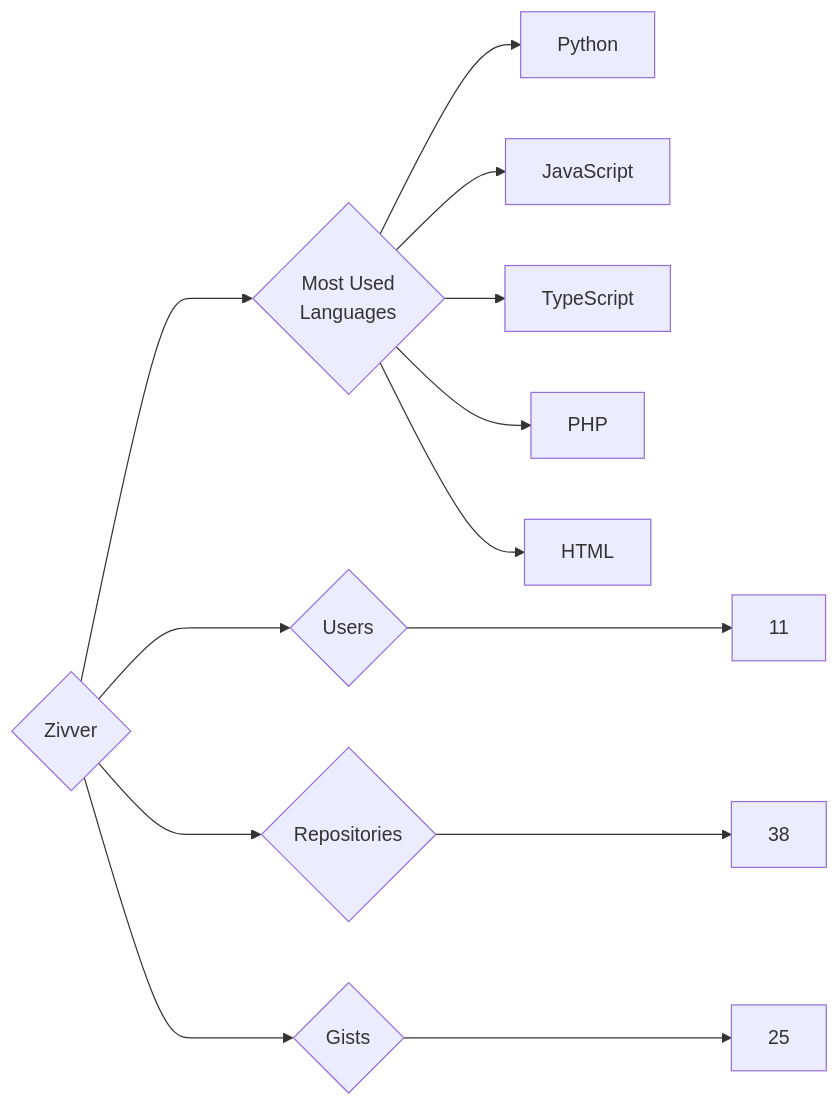
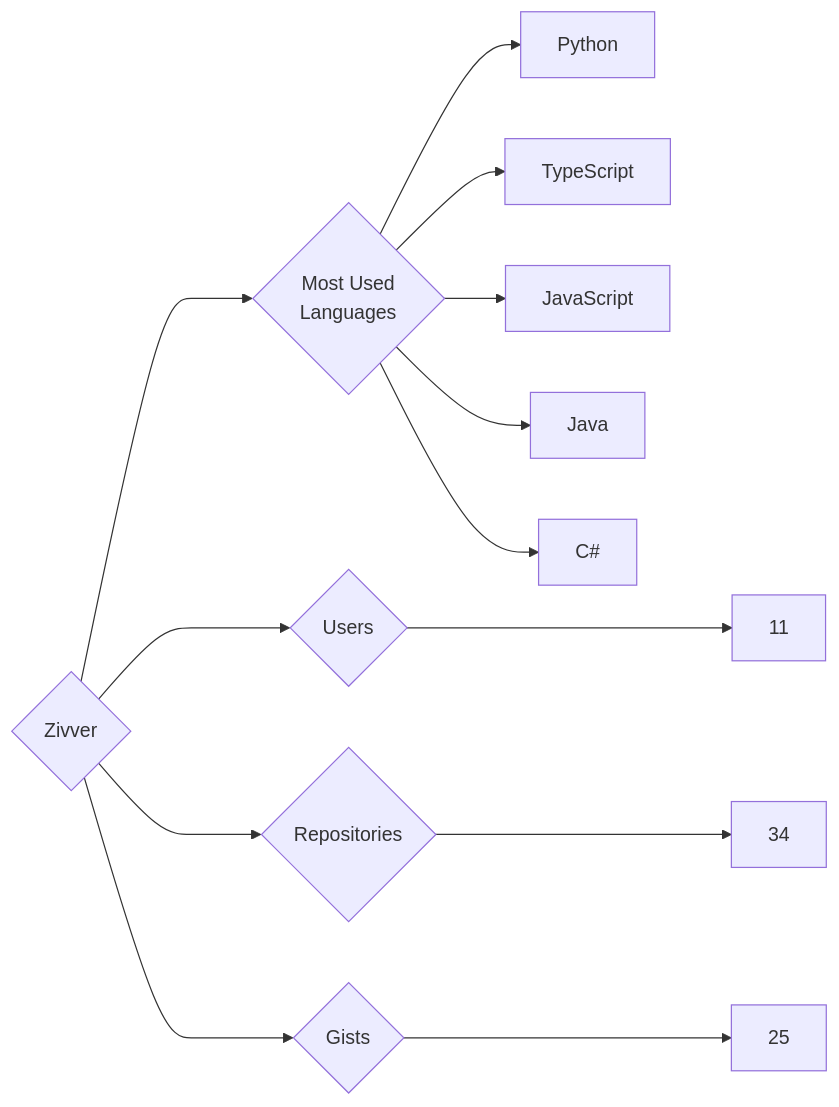
Before and after one commit to trickest/insiders: the diagram in targets/Zivver/README.md, drawn with Mermaid. The commit also changed 953 other files, not shown here.

````diff
--- a/targets/Zivver/README.md
+++ b/targets/Zivver/README.md
@@ -3,13 +3,13 @@
 ```mermaid
 graph LR
 COMPANY_NAME{Zivver}
 COMPANY_NAME ---> U{Users} ---> UN[11]
-COMPANY_NAME ---> R{Repositories} ---> RN[38]
+COMPANY_NAME ---> R{Repositories} ---> RN[34]
 COMPANY_NAME ---> G{Gists} ---> GN[25]
 COMPANY_NAME ---> ML{Most Used<br>Languages}
 ML --> Python[Python]
+ML --> TypeScript[TypeScript]
 ML --> JavaScript[JavaScript]
-ML --> TypeScript[TypeScript]
-ML --> PHP[PHP]
-ML --> HTML[HTML]
+ML --> Java[Java]
+ML --> C#[C#]
 ```
````
